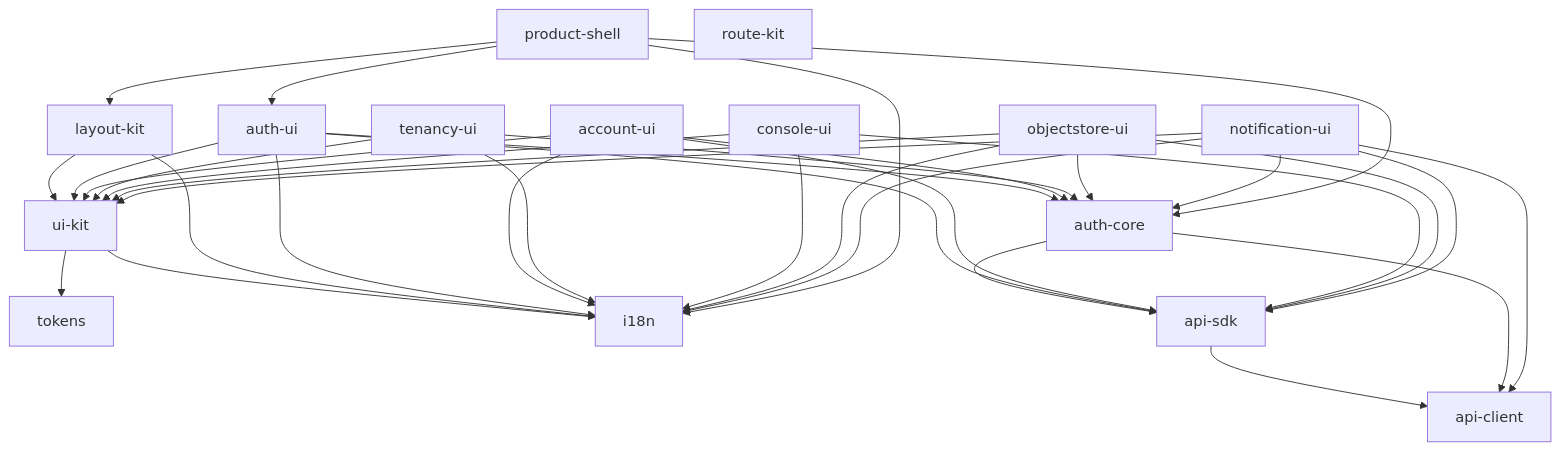
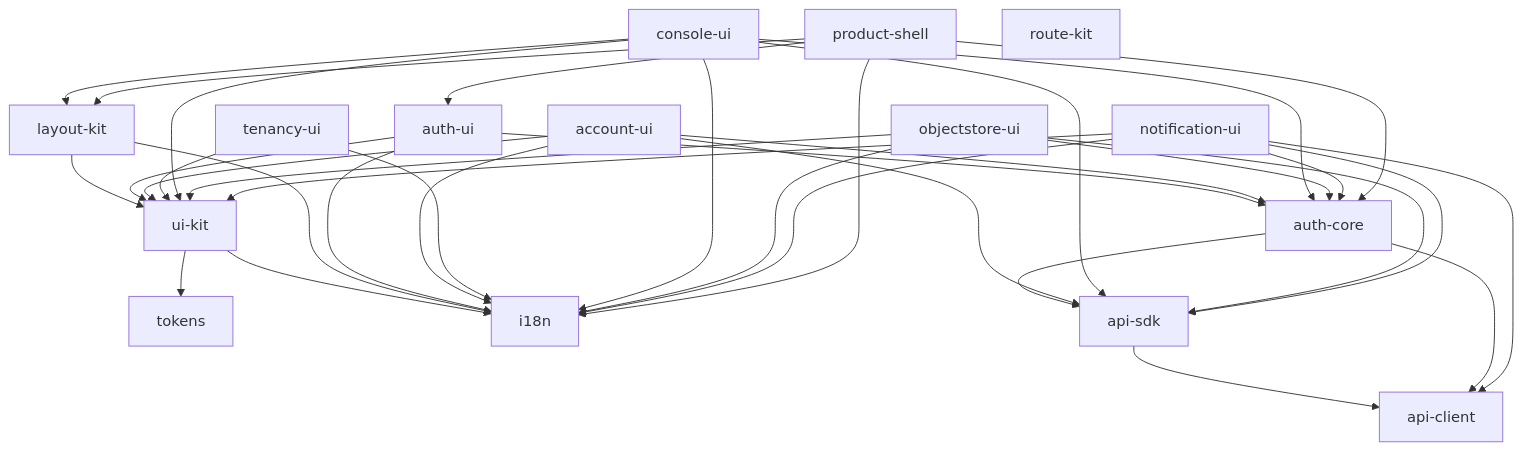
Before and after one commit to wangzw/speed: the diagram in docs/design/modules/web/design-web.md, drawn with Mermaid. The commit also changed other lines of this file and 1 other file, not shown here.

````diff
--- a/docs/design/modules/web/design-web.md
+++ b/docs/design/modules/web/design-web.md
@@ -160,41 +161,41 @@
 ```mermaid
 graph TD
     tokens
     i18n
     api-client
     ui-kit --> tokens
     ui-kit --> i18n
     layout-kit --> ui-kit
     layout-kit --> i18n
     api-sdk --> api-client
     auth-core --> api-sdk
     auth-core --> api-client
     auth-ui --> ui-kit
     auth-ui --> auth-core
     auth-ui --> i18n
-    auth-ui --> api-sdk
     account-ui --> ui-kit
     account-ui --> auth-core
     account-ui --> i18n
     account-ui --> api-sdk
-    tenancy-ui --> auth-core
     tenancy-ui --> i18n
     tenancy-ui --> ui-kit
     console-ui --> ui-kit
+    console-ui --> layout-kit
+    console-ui --> auth-core
     console-ui --> api-sdk
     console-ui --> i18n
     objectstore-ui --> ui-kit
     objectstore-ui --> i18n
     objectstore-ui --> api-sdk
     objectstore-ui --> auth-core
     notification-ui --> ui-kit
     notification-ui --> i18n
     notification-ui --> auth-core
     notification-ui --> api-sdk
     notification-ui --> api-client
     product-shell --> layout-kit
     product-shell --> auth-ui
     product-shell --> auth-core
     product-shell --> i18n
     route-kit
 ```
````
